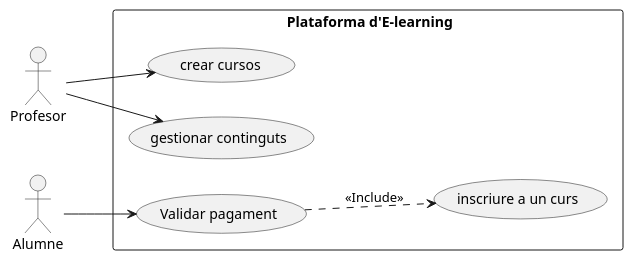
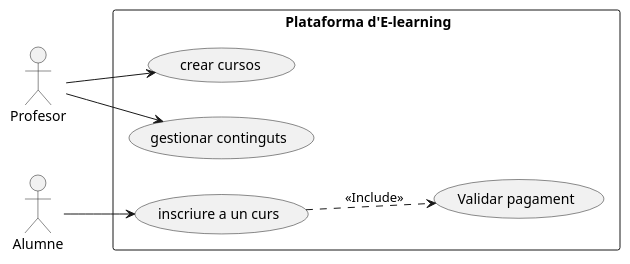
One commit to Isildu/UML2 changed the diagram in src/Plearning.puml. Above: the diagram before and after it, drawn with PlantUML. The commit also changed 4 other files, not shown here.

```diff
--- a/src/Plearning.puml
+++ b/src/Plearning.puml
@@ -1,19 +1,19 @@
 @startuml
 left to right direction
 
 actor Profesor
 actor Alumne
 
 
 rectangle " Plataforma d'E-learning" {
    Profesor --> ( crear cursos)
    Profesor --> (gestionar continguts)
 
-   Alumne --> (Validar pagament)
-   (Validar pagament) ..> (inscriure a un curs): << Include >>
+   Alumne --> (inscriure a un curs)
+   (inscriure a un curs) ..> (Validar pagament): << Include >>
 
 
 
 
 }
 @enduml
```
